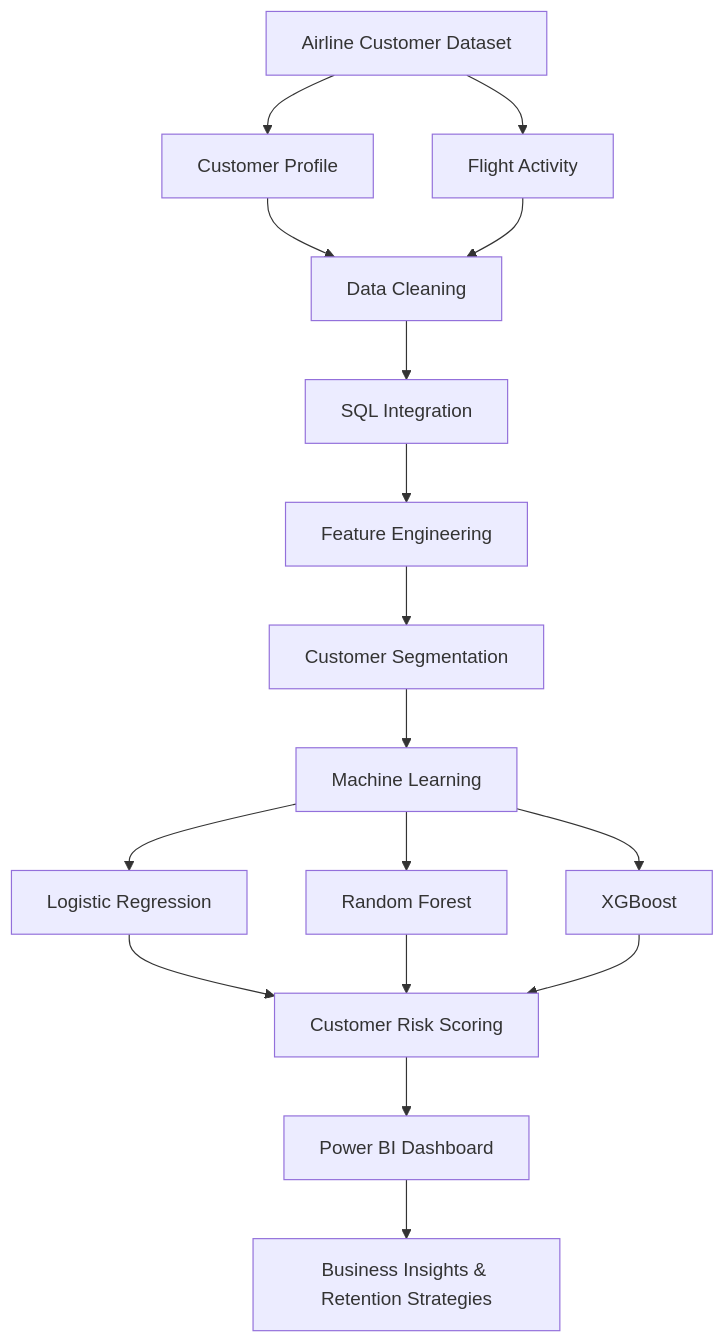
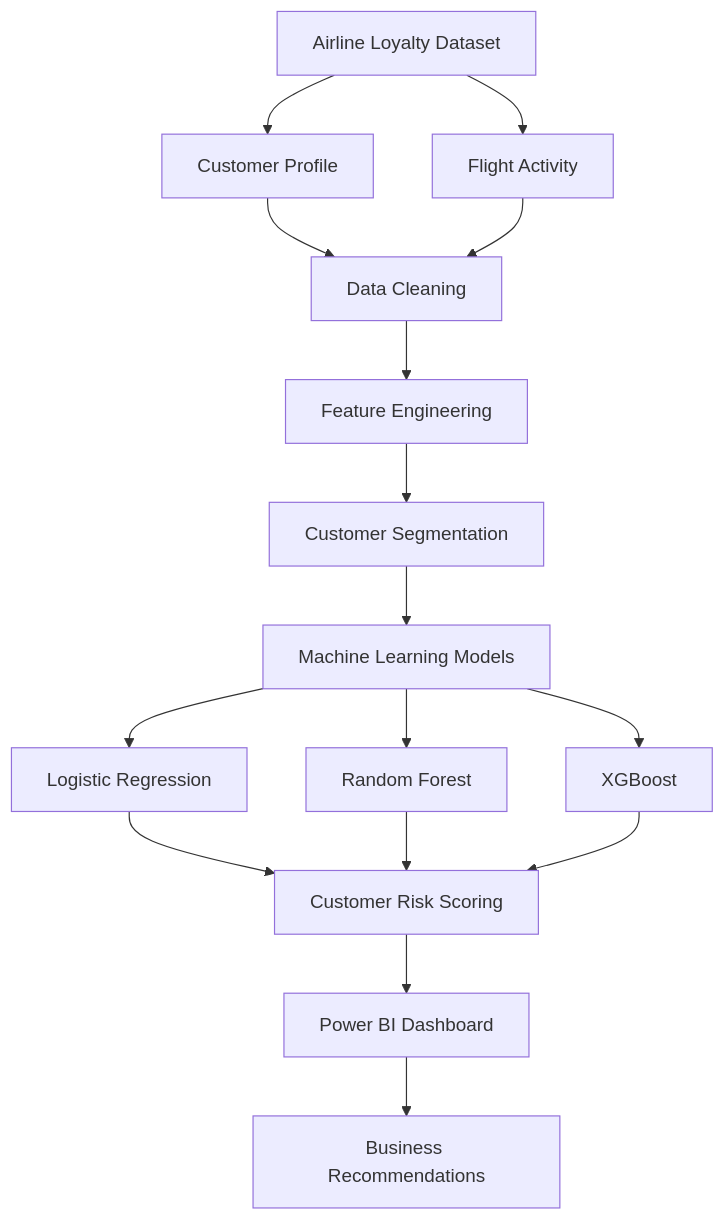
Before and after one commit to ShikharKrishnatreya/Airline-Customer-Retention-Analytics-An-End-to-End-Machine-Learning-Business-Intelligence-Solution: the first of 3 diagrams in README.md, drawn with Mermaid. The commit also changed other lines of this file, not shown here.

````diff
--- a/README.md
+++ b/README.md
@@ -52,37 +50,35 @@
 ```mermaid
 flowchart TD
 
-A[Airline Customer Dataset]
+A[Airline Loyalty Dataset]
 
 A --> B[Customer Profile]
 
 A --> C[Flight Activity]
 
 B --> D[Data Cleaning]
 
 C --> D
 
-D --> E[SQL Integration]
+D --> E[Feature Engineering]
 
-E --> F[Feature Engineering]
+E --> F[Customer Segmentation]
 
-F --> G[Customer Segmentation]
+F --> G[Machine Learning Models]
 
-G --> H[Machine Learning]
+G --> H[Logistic Regression]
 
-H --> I[Logistic Regression]
+G --> I[Random Forest]
 
-H --> J[Random Forest]
+G --> J[XGBoost]
 
-H --> K[XGBoost]
+H --> K[Customer Risk Scoring]
 
-I --> L[Customer Risk Scoring]
+I --> K
 
-J --> L
+J --> K
 
-K --> L
+K --> L[Power BI Dashboard]
 
-L --> M[Power BI Dashboard]
-
-M --> N[Business Insights & Retention Strategies]
+L --> M[Business Recommendations]
 ```
````
